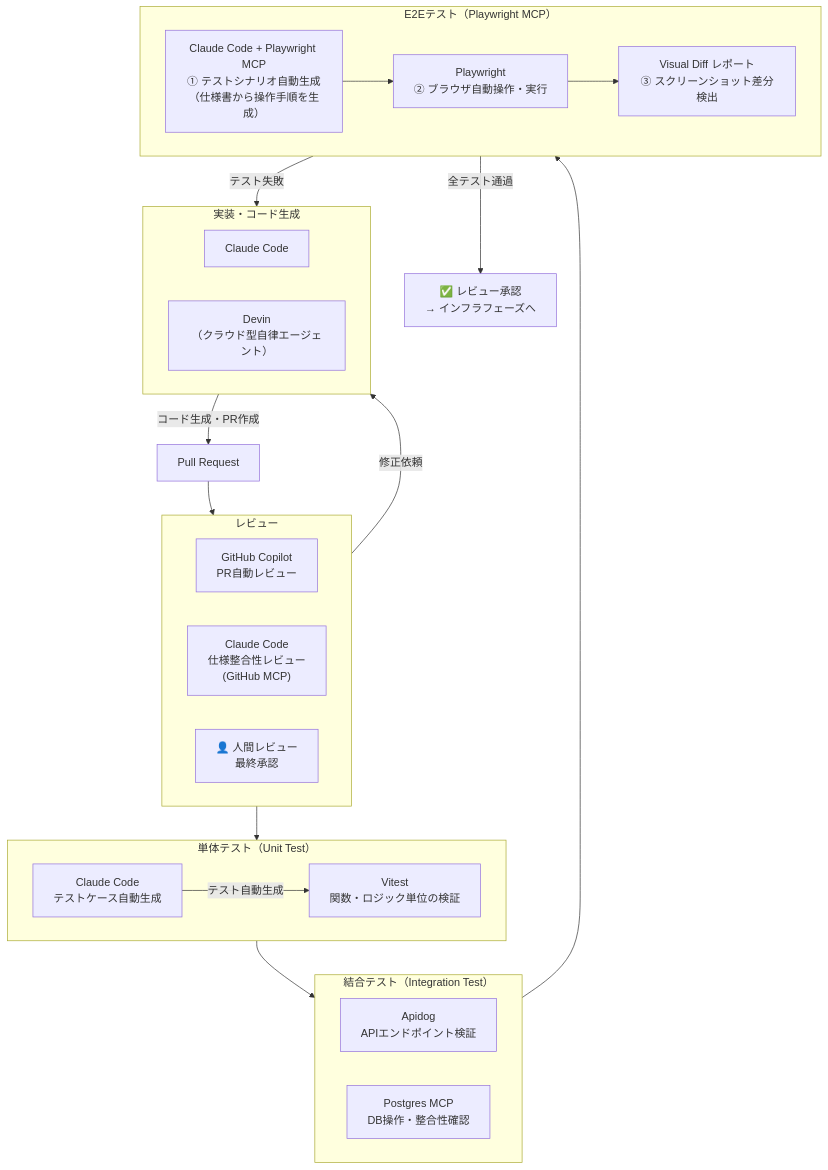
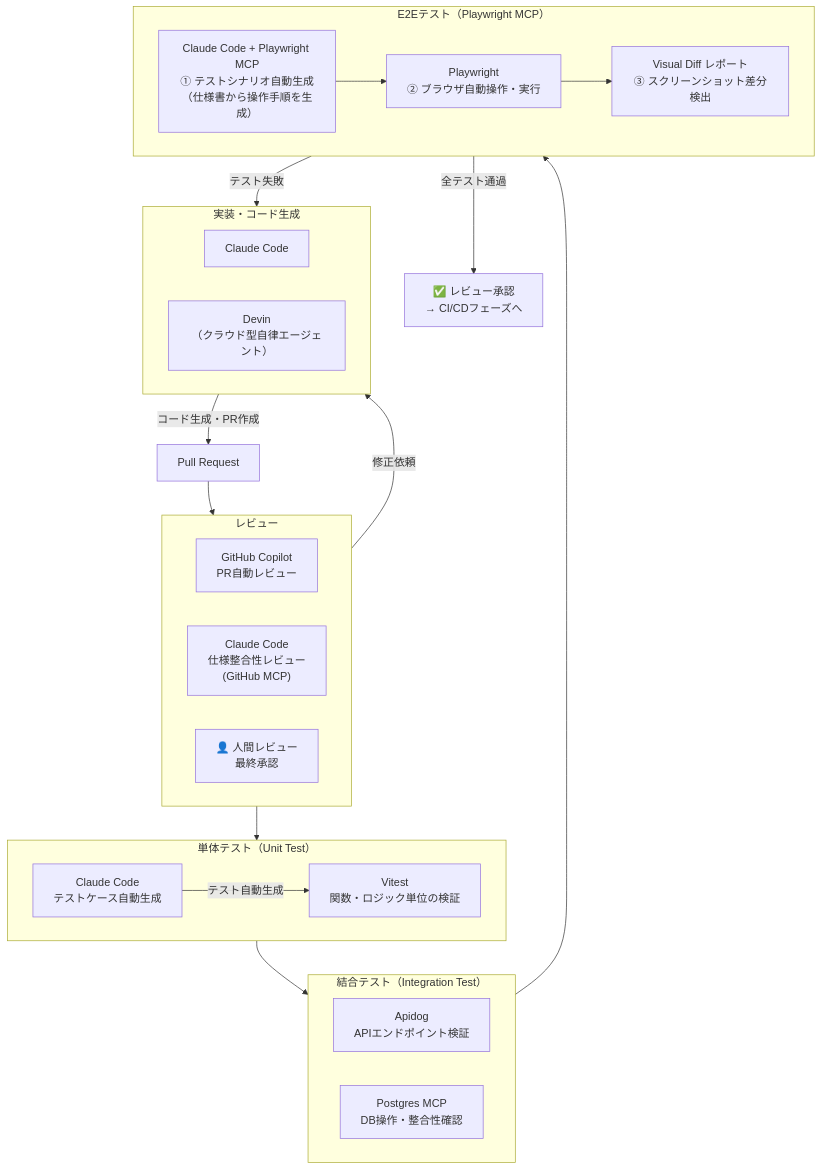
Before and after one commit to takuma39/ai: the seventh of 27 diagrams in AI駆動開発.md, drawn with Mermaid. The commit also changed other lines of this file, not shown here.

````diff
--- a/AI駆動開発.md
+++ b/AI駆動開発.md
@@ -230,46 +256,46 @@
 ```mermaid
 graph TD
     PR["Pull Request"]
 
     subgraph impl["実装・コード生成"]
         CC["Claude Code"]
         Devin["Devin<br/>（クラウド型自律エージェント）"]
     end
 
     subgraph review["レビュー"]
         Copilot["GitHub Copilot<br/>PR自動レビュー"]
         ClaudeRev["Claude Code<br/>仕様整合性レビュー<br/>(GitHub MCP)"]
         Human["👤 人間レビュー<br/>最終承認"]
     end
 
     subgraph unit_test["単体テスト（Unit Test）"]
         Vitest["Vitest<br/>関数・ロジック単位の検証"]
         ClaudeUnit["Claude Code<br/>テストケース自動生成"]
     end
 
     subgraph integration_test["結合テスト（Integration Test）"]
         APITest["Apidog<br/>APIエンドポイント検証"]
         DBTest["Postgres MCP<br/>DB操作・整合性確認"]
     end
 
     subgraph e2e_test["E2Eテスト（Playwright MCP）"]
         PW_Gen["Claude Code + Playwright MCP<br/>① テストシナリオ自動生成<br/>（仕様書から操作手順を生成）"]
         PW_Run["Playwright<br/>② ブラウザ自動操作・実行"]
         PW_Report["Visual Diff レポート<br/>③ スクリーンショット差分検出"]
     end
 
-    Approved["✅ レビュー承認<br/>→ インフラフェーズへ"]
+    Approved["✅ レビュー承認<br/>→ CI/CDフェーズへ"]
 
     PR --> review
     impl -->|"コード生成・PR作成"| PR
     review --> unit_test
     unit_test --> integration_test
     integration_test --> e2e_test
 
     ClaudeUnit -->|"テスト自動生成"| Vitest
     PW_Gen --> PW_Run --> PW_Report
 
     e2e_test -->|"全テスト通過"| Approved
     e2e_test -->|"テスト失敗"| impl
     review -->|"修正依頼"| impl
 ```
````
